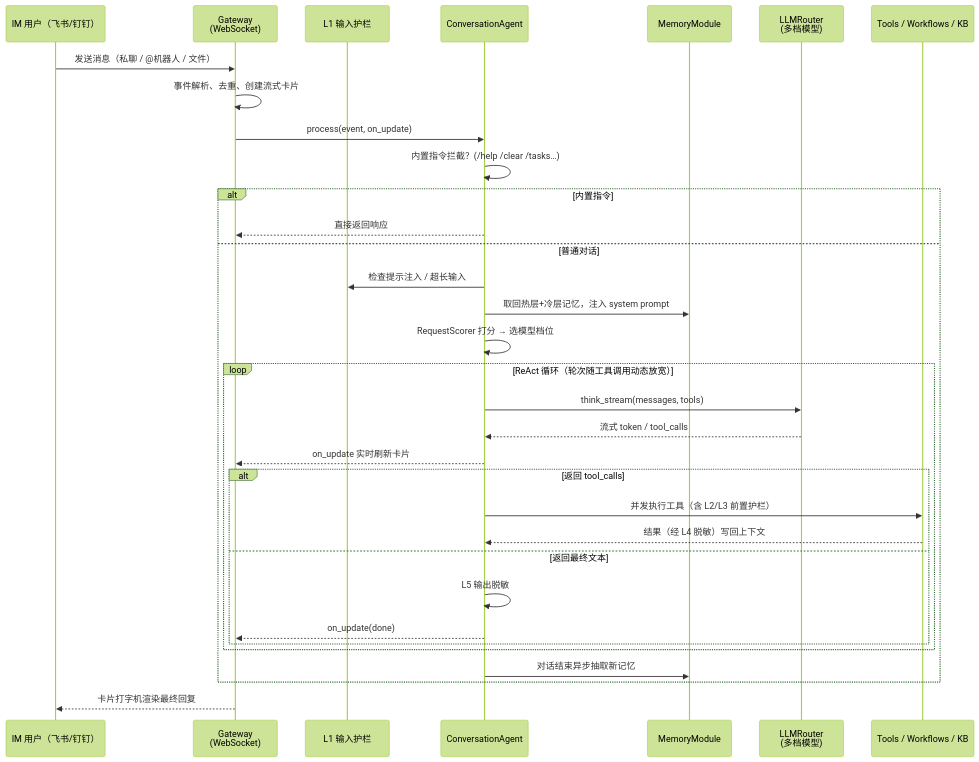
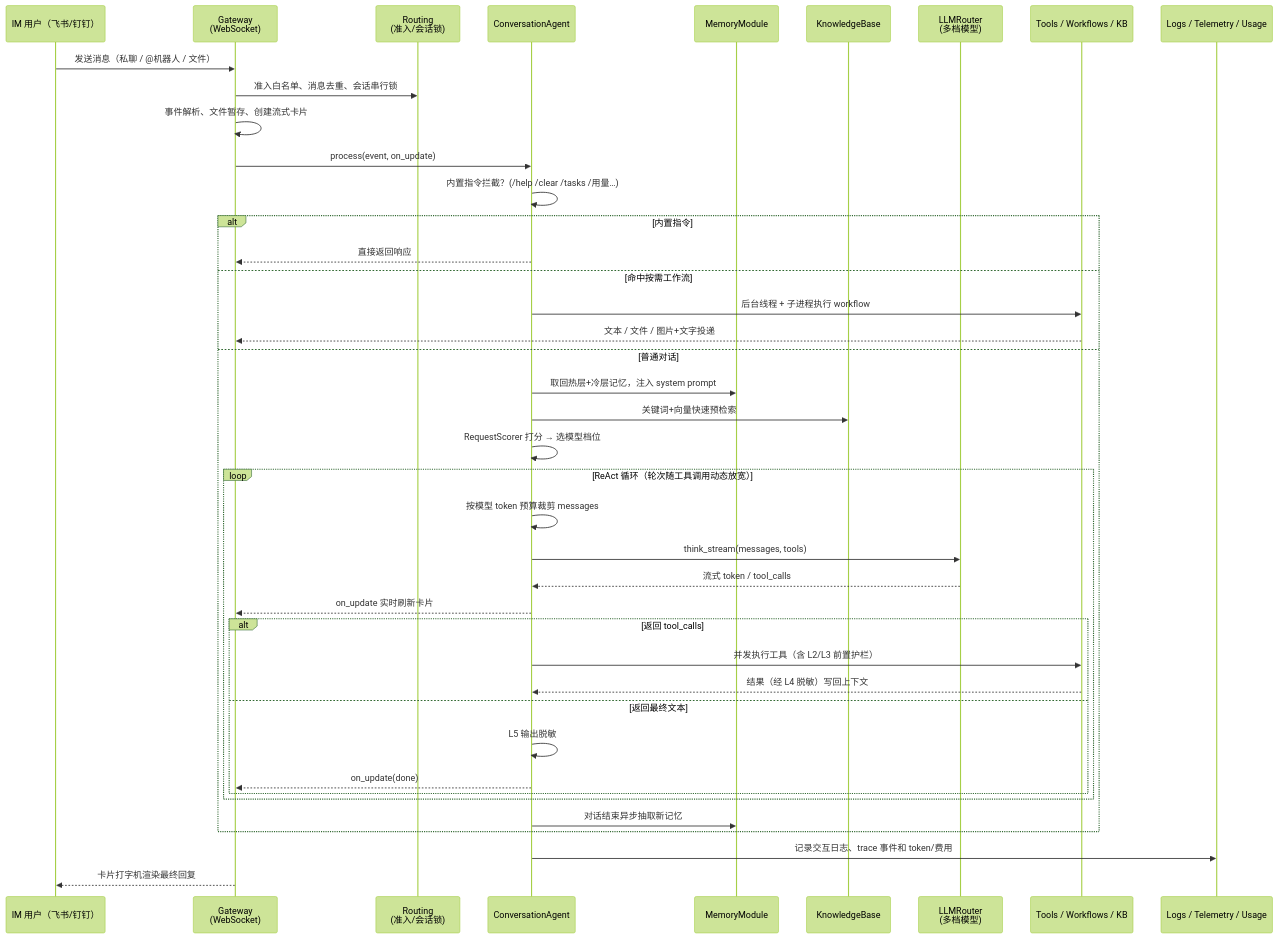
One commit to lion-no-back/personal_agent changed the first of 2 diagrams in README.md. Above: the diagram before and after it, drawn with Mermaid (forest theme). The commit also changed other lines of this file, not shown here.

````diff
--- a/README.md
+++ b/README.md
@@ -140,36 +145,44 @@
 ```mermaid
 sequenceDiagram
     participant U as IM 用户（飞书/钉钉）
     participant GW as Gateway<br/>(WebSocket)
-    participant G1 as L1 输入护栏
+    participant R as Routing<br/>(准入/会话锁)
     participant AG as ConversationAgent
     participant MEM as MemoryModule
+    participant KB as KnowledgeBase
     participant LLM as LLMRouter<br/>(多档模型)
     participant T as Tools / Workflows / KB
+    participant OBS as Logs / Telemetry / Usage
 
     U->>GW: 发送消息（私聊 / @机器人 / 文件）
-    GW->>GW: 事件解析、去重、创建流式卡片
+    GW->>R: 准入白名单、消息去重、会话串行锁
+    GW->>GW: 事件解析、文件暂存、创建流式卡片
     GW->>AG: process(event, on_update)
-    AG->>AG: 内置指令拦截？(/help /clear /tasks…)
+    AG->>AG: 内置指令拦截？(/help /clear /tasks /用量…)
     alt 内置指令
         AG-->>GW: 直接返回响应
+    else 命中按需工作流
+        AG->>T: 后台线程 + 子进程执行 workflow
+        T-->>GW: 文本 / 文件 / 图片+文字投递
     else 普通对话
-        AG->>G1: 检查提示注入 / 超长输入
         AG->>MEM: 取回热层+冷层记忆，注入 system prompt
+        AG->>KB: 关键词+向量快速预检索
         AG->>AG: RequestScorer 打分 → 选模型档位
         loop ReAct 循环（轮次随工具调用动态放宽）
+            AG->>AG: 按模型 token 预算裁剪 messages
             AG->>LLM: think_stream(messages, tools)
             LLM-->>AG: 流式 token / tool_calls
             AG-->>GW: on_update 实时刷新卡片
             alt 返回 tool_calls
                 AG->>T: 并发执行工具（含 L2/L3 前置护栏）
                 T-->>AG: 结果（经 L4 脱敏）写回上下文
             else 返回最终文本
                 AG->>AG: L5 输出脱敏
                 AG-->>GW: on_update(done)
             end
         end
         AG->>MEM: 对话结束异步抽取新记忆
     end
+    AG->>OBS: 记录交互日志、trace 事件和 token/费用
     GW-->>U: 卡片打字机渲染最终回复
 ```
````
